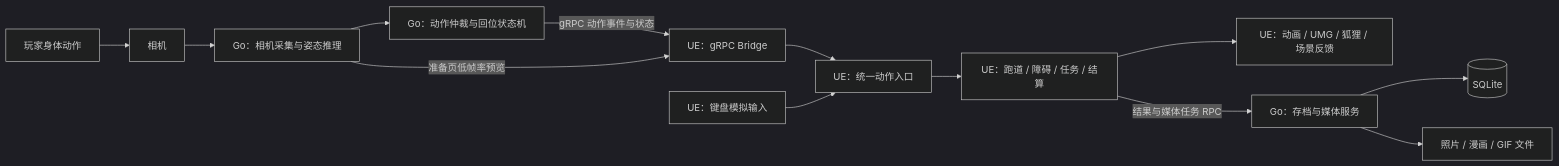
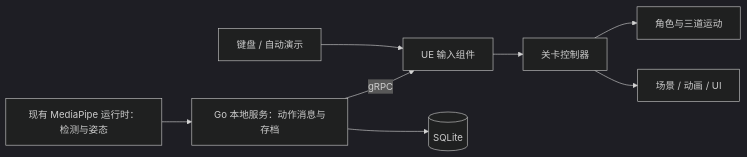
The diagram in docs/向星而行_UE实现架构与设计.md (yulian-art/night), drawn with Mermaid (dark theme) before and after one commit. The commit also changed other lines of this file and 50 other files, not shown here.

````diff
--- a/docs/向星而行_UE实现架构与设计.md
+++ b/docs/向星而行_UE实现架构与设计.md
@@ -19,15 +12,10 @@
 ```mermaid
 flowchart LR
-    Player[玩家身体动作] --> Camera[相机]
-    Camera --> Capture[Go：相机采集与姿态推理]
-    Capture --> Gesture[Go：动作仲裁与回位状态机]
-    Gesture -->|gRPC 动作事件与状态| Bridge[UE：gRPC Bridge]
-    Bridge --> Router[UE：统一动作入口]
-    Keyboard[UE：键盘模拟输入] --> Router
-    Router --> Game[UE：跑道 / 障碍 / 任务 / 结算]
-    Game --> Present[UE：动画 / UMG / 狐狸 / 场景反馈]
-    Game -->|结果与媒体任务 RPC| Local[Go：存档与媒体服务]
-    Local --> DB[(SQLite)]
-    Local --> Files[照片 / 漫画 / GIF 文件]
-    Capture -->|准备页低帧率预览| Bridge
+    MP["现有 MediaPipe 运行时：检测与姿态"] --> Go["Go 本地服务：动作消息与存档"]
+    Go -->|gRPC| Input[UE 输入组件]
+    Demo[键盘 / 自动演示] --> Input
+    Input --> Flow[关卡控制器]
+    Flow --> Runner[角色与三道运动]
+    Flow --> Scene[场景 / 动画 / UI]
+    Go --> DB[(SQLite)]
 ```
````
